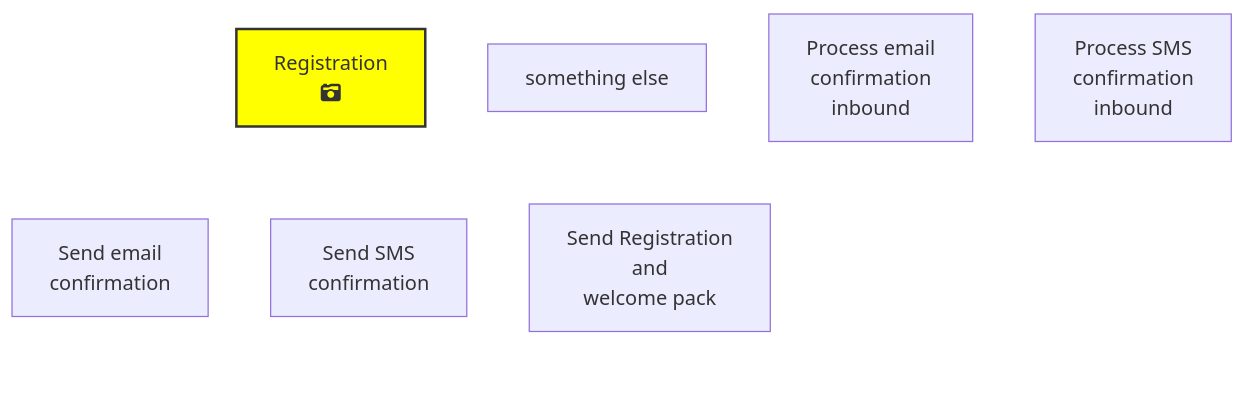
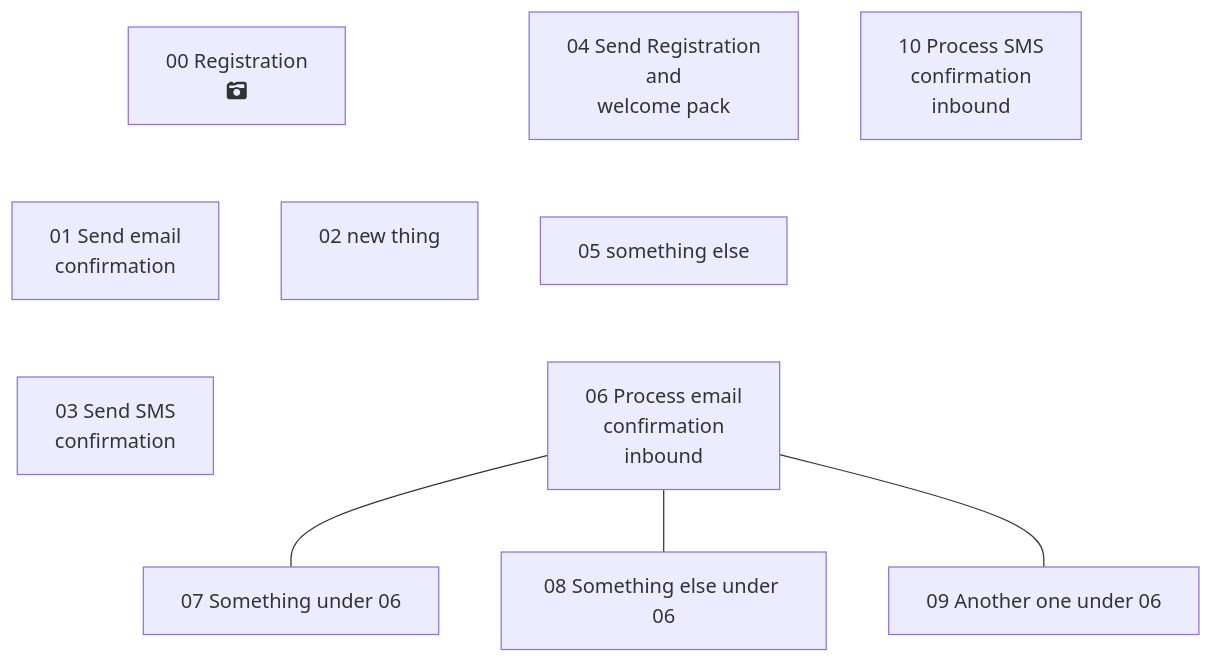
One commit to jimdeane/OpenCCM-wiki changed the diagram in User%2DJourneys.md. Above: the diagram before and after it, drawn with Mermaid.

Commit message:
Updated User-Journeys

```diff
--- a/User%2DJourneys.md
+++ b/User%2DJourneys.md
@@ -2,21 +2,27 @@
 ::: mermaid
 graph TD;
-id00[Registration<br>fa:fa-camera-retro<br>];
-id00---id01[Send email<br>confirmation];
-id00---id02[Send SMS<br>confirmation];
-id00---id03[Send Registration<br>and<br>welcome pack];
-id04[something else];
-id05---id05[Process email<br>confirmation<br>inbound];
-id06[Process SMS<br>confirmation<br>inbound];
+id00[00 Registration<br>fa:fa-camera-retro<br>];
+id00---id01[01 Send email<br>confirmation];
+id00---id02[02 new thing<br><br>];
+id01---id03[03 Send SMS<br>confirmation];
+id04[04 Send Registration<br>and<br>welcome pack];
+id04---id05[05 something else];
+id05---id06[06 Process email<br>confirmation<br>inbound];
+id06---id07[07 Something under 06]
+id06---id08[08 Something else under 06]
+id06---id09[09 Another one under 06]
+id10[10 Process SMS<br>confirmation<br>inbound];
 
 
-class id00 yyy;
-classDef yyy fill:yellow,stroke:#333,stroke-width:2px;
+class id00,id01,id02,id03,id04,id05,id06 yyy;
+classDef yyyf ill:yellow,stroke:#333,stroke-width:2px;
 linkStyle 0 stroke:#FFF,stroke-width:4px,color:red;
 linkStyle 1 stroke:#FFF,stroke-width:4px,color:red;
 linkStyle 2 stroke:#FFF,stroke-width:4px,color:red;
 linkStyle 3 stroke:#FFF,stroke-width:4px,color:red;
-%%linkStyle 4 stroke:#FFF,stroke-width:4px,color:red;
+linkStyle 4 stroke:#FFF,stroke-width:4px,color:red;
 %%linkStyle 5 stroke:#FFF,stroke-width:4px,color:red;
+%%linkStyle 6 stroke:#FFF,stroke-width:4px,color:red;
+%%linkStyle 7 stroke:#FFF,stroke-width:4px,color:red;
 
 :::
```
